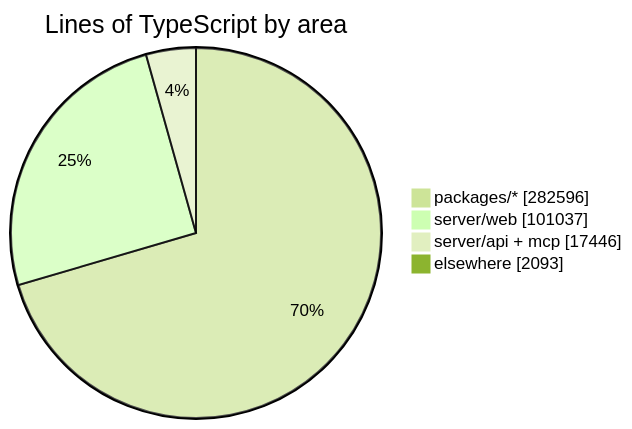
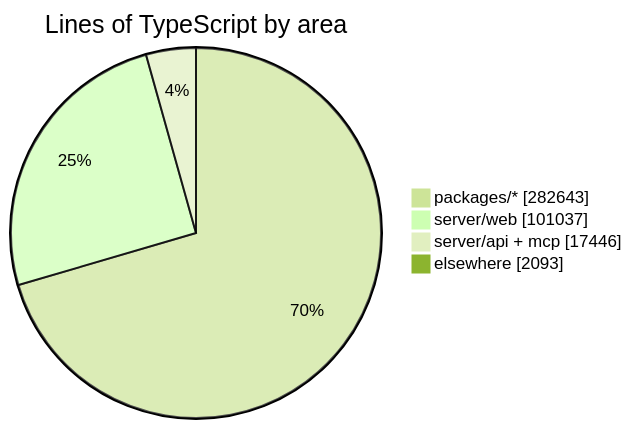
The diagram in README.md (crossworks-engineering/mantle), drawn with Mermaid (forest theme) before and after one commit. The commit also changed other lines of this file and 2 other files, not shown here.

````diff
--- a/README.md
+++ b/README.md
@@ -294,7 +294,7 @@
 ```mermaid
 pie showData title Lines of TypeScript by area
-    "packages/*" : 282596
+    "packages/*" : 282643
     "server/web" : 101037
     "server/api + mcp" : 17446
     "elsewhere" : 2093
 ```
````
